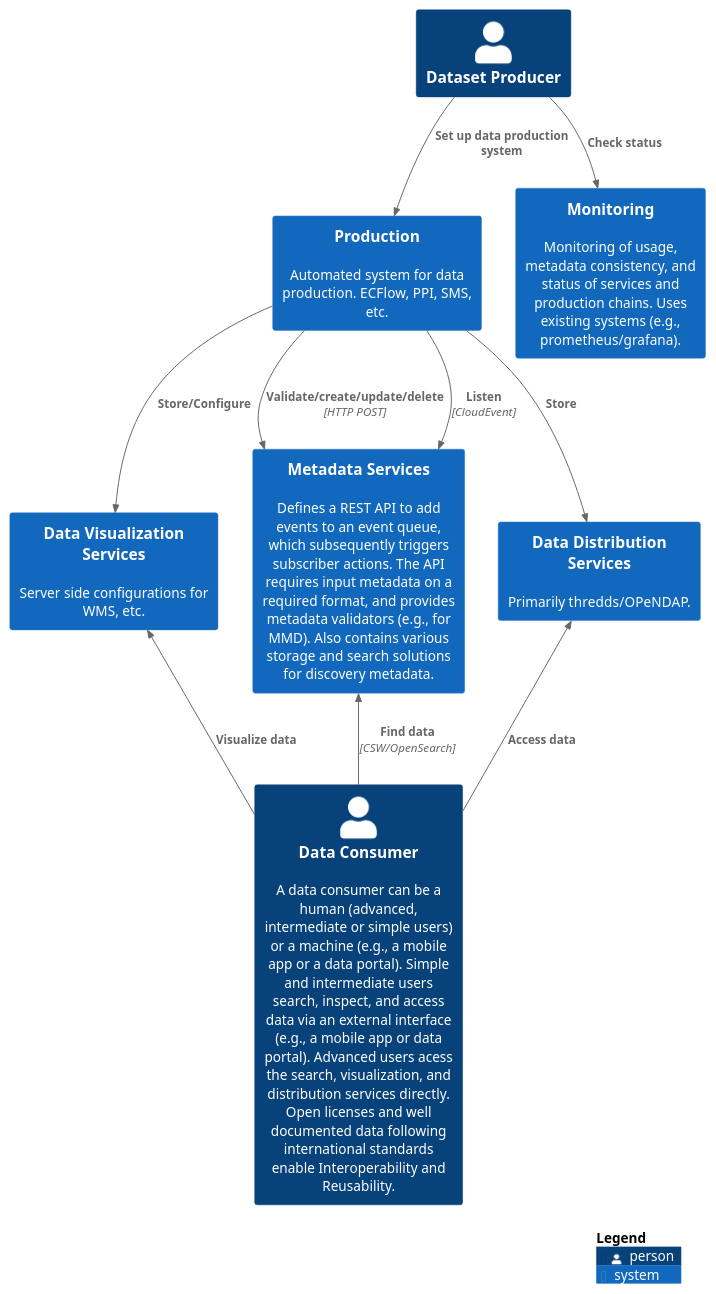
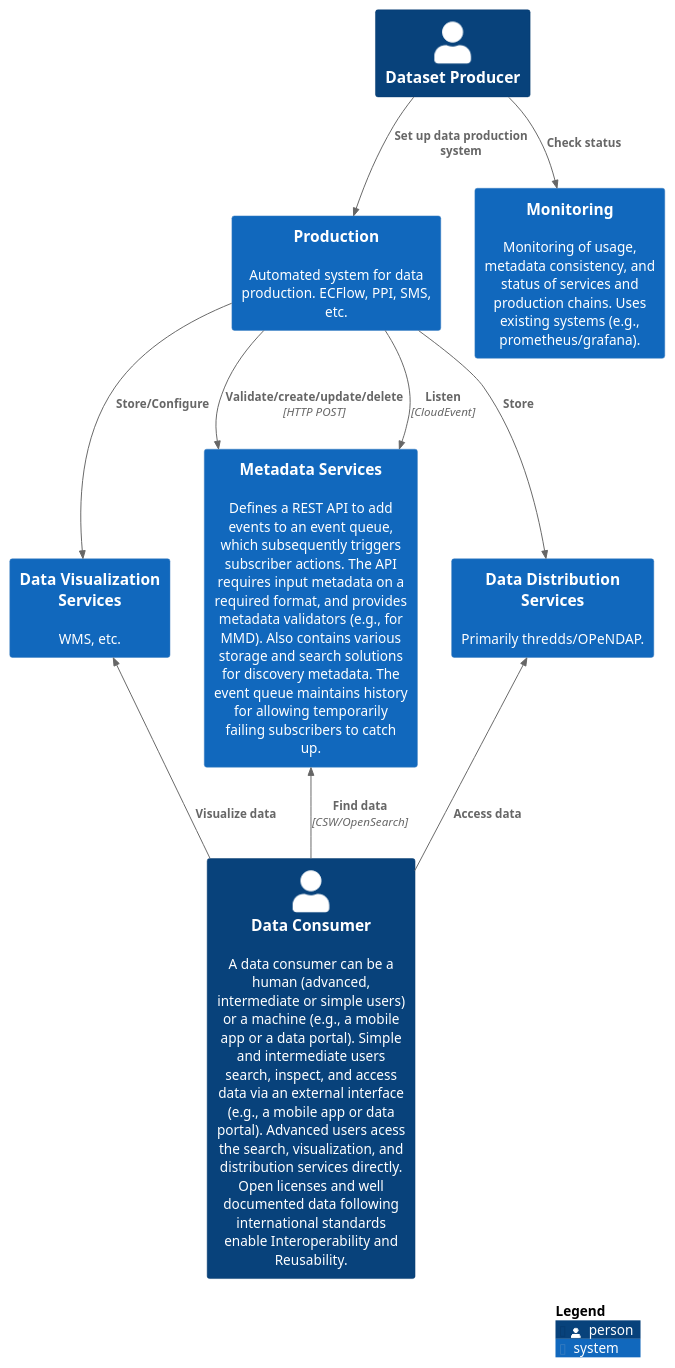
One commit to metno/S-ENDA-documentation changed the diagram in source/puml/architecture/S-ENDA-context-diagram.puml. Above: the diagram before and after it, drawn with PlantUML. The commit also changed 3 other files, not shown here.

```diff
--- a/source/puml/architecture/S-ENDA-context-diagram.puml
+++ b/source/puml/architecture/S-ENDA-context-diagram.puml
@@ -1,60 +1,60 @@
 @startuml S-ENDA-C4-context-diagram
 !include https://raw.githubusercontent.com/plantuml-stdlib/C4-PlantUML/master/C4_Container.puml
 
 LAYOUT_TOP_DOWN()
 
 Person(consumers, "Data Consumer", "A data consumer can be a human (advanced, intermediate or simple users) or a machine (e.g., a mobile app or a data portal). Simple and intermediate users search, inspect, and access data via an external interface (e.g., a mobile app or data portal). Advanced users acess the search, visualization, and distribution services directly. Open licenses and well documented data following international standards enable Interoperability and Reusability.")
 
 'Boundary(consumers, "Data Consumers"){
 '  Person(advanced, "Advanced")
 '  Person(intermediate, "Intermediate")
 '  Person(simple, "Simple")
 '
 '  System_Ext(extportals, "Portals", "External portals harvest metadata on various standards, and present data in customized ways. Can also prepare data delivery (e.g., with basket solution).")
 '  System_Ext(apps, "Web/mobile apps", "External apps present data in customized ways.")
 '
 '  Rel(advanced, extportals, "Search portals", "Web-UI/API")
 '  Rel(intermediate, extportals, "Search portals", "Web-UI/API")
 '  Rel(simple, apps, "Navigates to app", "Web/mobile UI")
 '}
     
 'Boundary(providers, "Providers") {
     Person(dataproducer, "Dataset Producer")
 '    Person(datacurator, "Data curator")
 '    Person(serviceprovider, "Service Provider")
 '}
 
 'Boundary(senda, "S-ENDA and related"){
-  System(dmservice, "Metadata Services", "Defines a REST API to add events to an event queue, which subsequently triggers subscriber actions. The API requires input metadata on a required format, and provides metadata validators (e.g., for MMD). Also contains various storage and search solutions for discovery metadata.")
+  System(dmservice, "Metadata Services", "Defines a REST API to add events to an event queue, which subsequently triggers subscriber actions. The API requires input metadata on a required format, and provides metadata validators (e.g., for MMD). Also contains various storage and search solutions for discovery metadata. The event queue maintains history for allowing temporarily failing subscribers to catch up.")
   System(productionhub, "Production", "Automated system for data production. ECFlow, PPI, SMS, etc.")
   System(dist_systems, "Data Distribution Services", "Primarily thredds/OPeNDAP.")
-  System(vis_systems, "Data Visualization Services", "Server side configurations for WMS, etc.")
+  System(vis_systems, "Data Visualization Services", "WMS, etc.")
   System(monitoring, "Monitoring", "Monitoring of usage, metadata consistency, and status of services and production chains. Uses existing systems (e.g., prometheus/grafana).")
 '}
 
 
 Rel_U(consumers, dist_systems, "Access data")
 Rel_U(consumers, dmservice, "Find data", "CSW/OpenSearch")
 Rel_U(consumers, vis_systems, "Visualize data")
 'Rel_U(advanced, dist_systems, "Stream data")
 'Rel_U(advanced, dmservice, "Search", "CSW/OpenSearch")
 'Rel_U(advanced, vis_systems, "Visualize data")
 'Rel_U(extportals, dmservice, "Harvest metadata", "CSW")
 'Rel_U(apps, dmservice, "Harvest metadata", "CSW/OpenSearch")
 'Rel_U(apps, vis_systems, "Visualize data")
 'Rel_U(extportals, vis_systems, "Visualize data")
 'Rel_U(extportals, dist_systems, "Stream data")
 
 
 'Rel(providers, dmservice, "Register metadata")
 Rel(dataproducer, monitoring, "Check status")
 
 Rel(dataproducer, productionhub, "Set up data production system")
 Rel(productionhub, dist_systems, "Store")
 Rel(productionhub, dmservice, "Validate/create/update/delete", "HTTP POST")
 Rel(productionhub, dmservice, "Listen", "CloudEvent")
 Rel(productionhub, vis_systems, "Store/Configure")
 
 SHOW_LEGEND()
 
 @enduml
```
